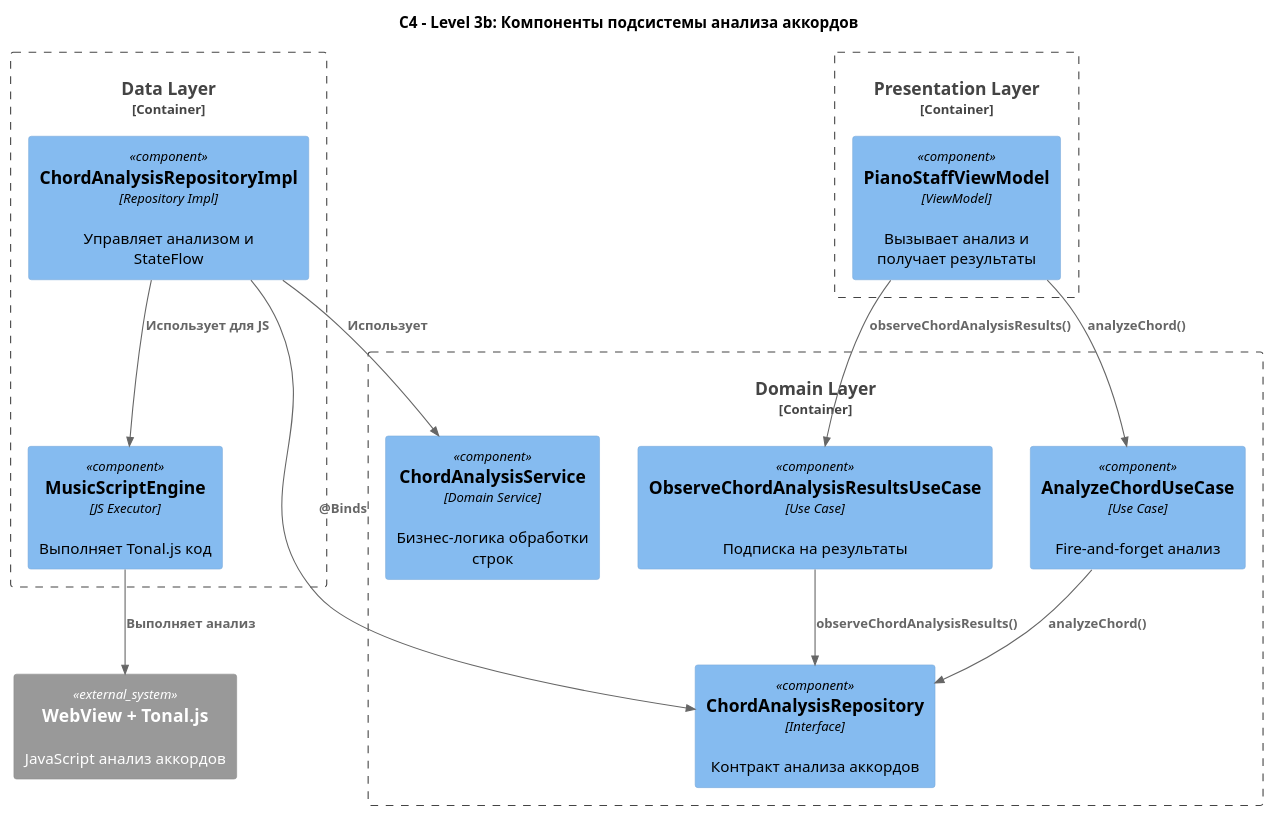
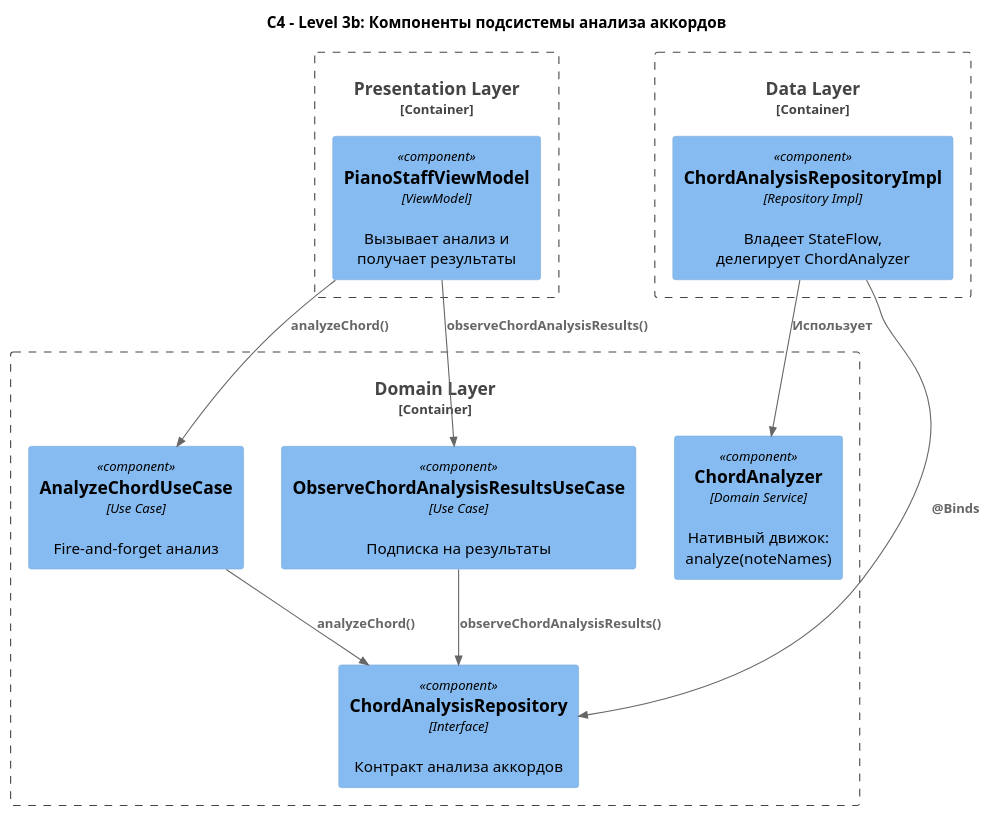
The third of 10 diagrams in docs/ru/specs/MIDI_MESSAGE_PROCESSING.md (astrizhachuk/PianoFlow), drawn with PlantUML before and after one commit. The commit also changed other lines of this file and 30 other files, not shown here.

First line of the commit message:
feat(domain): native Kotlin chord analysis service (#16)

````diff
--- a/docs/ru/specs/MIDI_MESSAGE_PROCESSING.md
+++ b/docs/ru/specs/MIDI_MESSAGE_PROCESSING.md
@@ -163,44 +129,37 @@
 ```plantuml
 @startuml
 !include https://raw.githubusercontent.com/plantuml-stdlib/C4-PlantUML/master/C4_Component.puml
 
 title C4 - Level 3b: Компоненты подсистемы анализа аккордов
-
-System_Ext(webview_js, "WebView + Tonal.js", "JavaScript анализ аккордов")
 
 Container_Boundary(presentation, "Presentation Layer") {
     Component(vm, "PianoStaffViewModel", "ViewModel", "Вызывает анализ и получает результаты")
 }
 
 Container_Boundary(domain, "Domain Layer") {
     Component(analyze_chord_uc, "AnalyzeChordUseCase", "Use Case", "Fire-and-forget анализ")
     Component(observe_chord_uc, "ObserveChordAnalysisResultsUseCase", "Use Case", "Подписка на результаты")
     Component(chord_repo, "ChordAnalysisRepository", "Interface", "Контракт анализа аккордов")
-    Component(chord_service, "ChordAnalysisService", "Domain Service", "Бизнес-логика обработки строк")
+    Component(chord_analyzer, "ChordAnalyzer", "Domain Service", "Нативный движок: analyze(noteNames)")
 }
 
 Container_Boundary(data, "Data Layer") {
-    Component(chord_repo_impl, "ChordAnalysisRepositoryImpl", "Repository Impl", "Управляет анализом и StateFlow")
-    Component(js_executor, "MusicScriptEngine", "JS Executor", "Выполняет Tonal.js код")
+    Component(chord_repo_impl, "ChordAnalysisRepositoryImpl", "Repository Impl", "Владеет StateFlow, делегирует ChordAnalyzer")
 }
 
 ' Связи Presentation-Domain
 Rel(vm, analyze_chord_uc, "analyzeChord()")
 Rel(vm, observe_chord_uc, "observeChordAnalysisResults()")
 
 ' Связи Use Cases-Repository
 Rel(analyze_chord_uc, chord_repo, "analyzeChord()")
 Rel(observe_chord_uc, chord_repo, "observeChordAnalysisResults()")
 
 ' Bindings
 Rel(chord_repo_impl, chord_repo, "@Binds")
 
 ' Связи Data Layer
-Rel(chord_repo_impl, chord_service, "Использует")
-Rel(chord_repo_impl, js_executor, "Использует для JS")
-
-' Внешние системы
-Rel(js_executor, webview_js, "Выполняет анализ")
+Rel(chord_repo_impl, chord_analyzer, "Использует")
 
 @enduml
 ```
````
